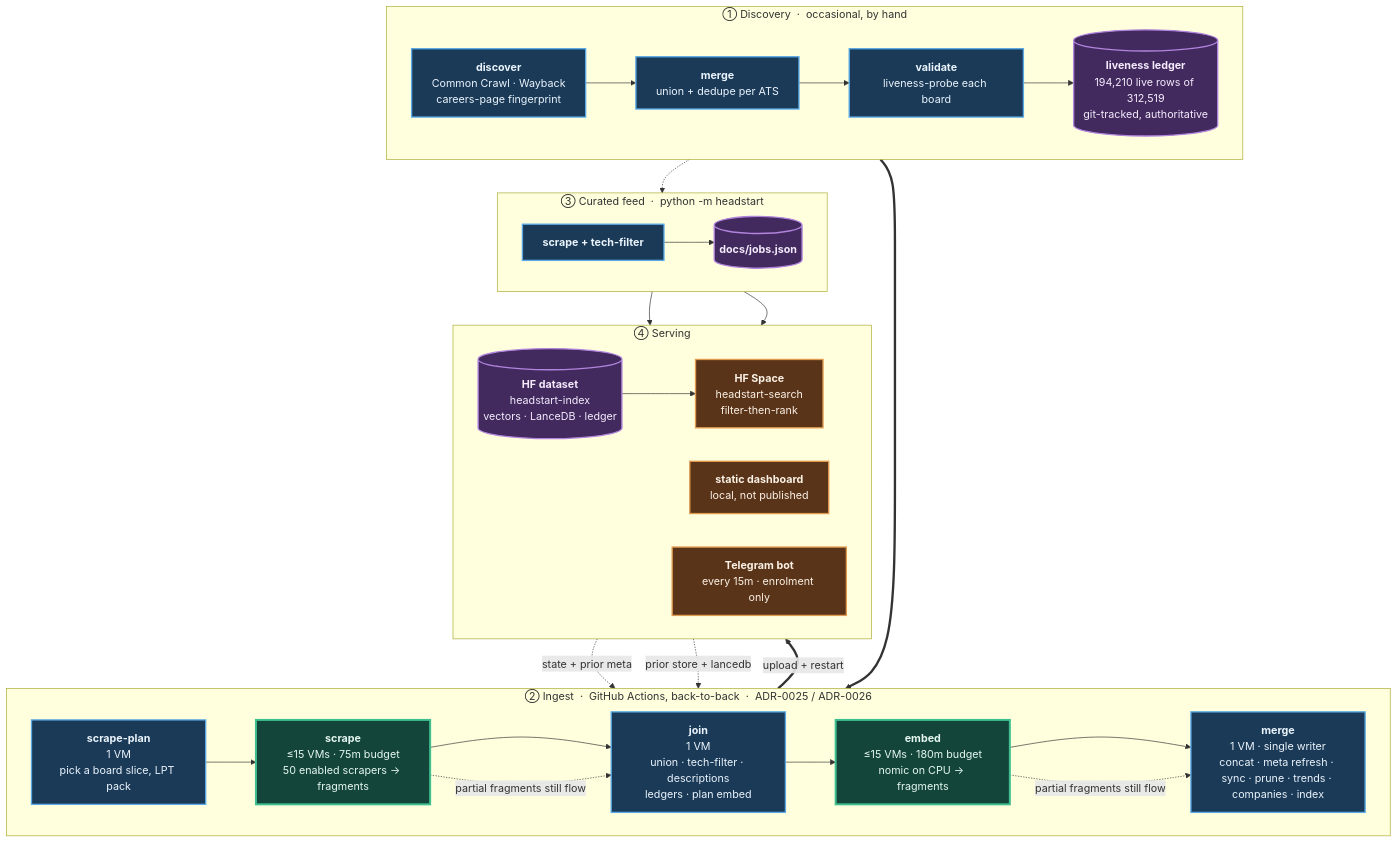
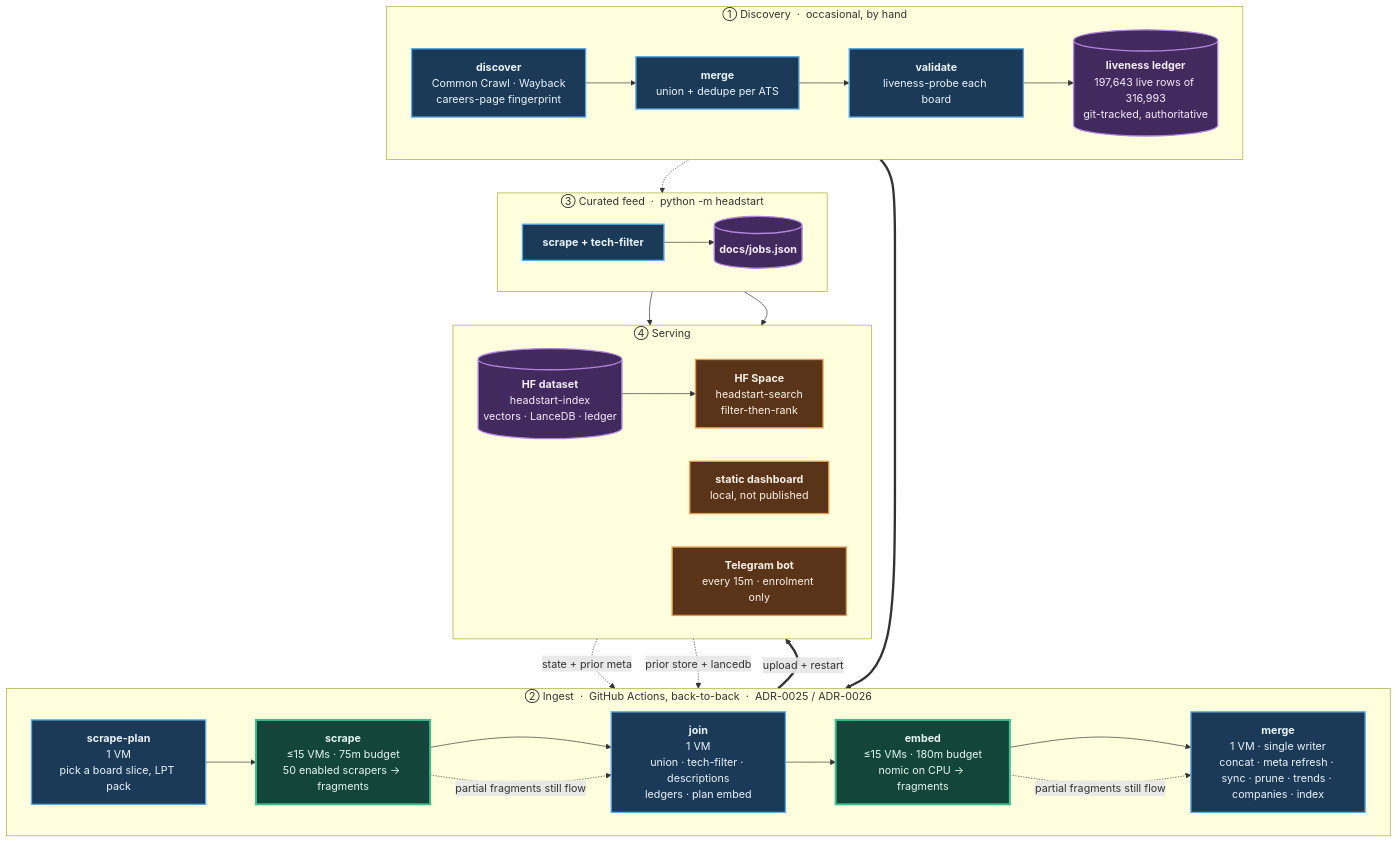
One commit to sarthakjain004/headstart changed the diagram in README.md. Above: the diagram before and after it, drawn with Mermaid. The commit also changed other lines of this file and 3 other files, not shown here.

````diff
--- a/README.md
+++ b/README.md
@@ -185,56 +185,56 @@
 ```mermaid
 flowchart TB
     subgraph D["① Discovery &nbsp;·&nbsp; occasional, by hand"]
         direction LR
         D1["<b>discover</b><br/>Common Crawl · Wayback<br/>careers-page fingerprint"]
         D2["<b>merge</b><br/>union + dedupe per ATS"]
         D3["<b>validate</b><br/>liveness-probe each board"]
-        D4[("<b>liveness ledger</b><br/>194,210 live rows of 312,519<br/>git-tracked, authoritative")]
+        D4[("<b>liveness ledger</b><br/>197,643 live rows of 316,993<br/>git-tracked, authoritative")]
         D1 --> D2 --> D3 --> D4
     end
 
     subgraph P["② Ingest &nbsp;·&nbsp; GitHub Actions, back-to-back &nbsp;·&nbsp; ADR-0025 / ADR-0026"]
         direction LR
         P1["<b>scrape-plan</b><br/>1 VM<br/>pick a board slice, LPT pack"]
         P2["<b>scrape</b><br/>≤15 VMs · 75m budget<br/>50 enabled scrapers → fragments"]
         P3["<b>join</b><br/>1 VM<br/>union · tech-filter · descriptions<br/>ledgers · plan embed"]
         P4["<b>embed</b><br/>≤15 VMs · 180m budget<br/>nomic on CPU → fragments"]
         P5["<b>merge</b><br/>1 VM · single writer<br/>concat · meta refresh · sync · prune · trends · companies · index"]
         P1 --> P2 --> P3 --> P4 --> P5
     end
 
     subgraph F["③ Curated feed &nbsp;·&nbsp; python -m headstart"]
         direction LR
         F1["<b>scrape + tech-filter</b>"]
         F2[("<b>docs/jobs.json</b>")]
         F1 --> F2
     end
 
     subgraph S["④ Serving"]
         direction LR
         S1[("<b>HF dataset</b><br/>headstart-index<br/>vectors · LanceDB · ledger")]
         S2["<b>HF Space</b><br/>headstart-search<br/>filter-then-rank"]
         S3["<b>static dashboard</b><br/>local, not published"]
         S4["<b>Telegram bot</b><br/>every 15m · enrolment only"]
         S1 --> S2
     end
 
     D4 ==> P1
     S1 -. "state + prior meta" .-> P1
     S1 -. "prior store + lancedb" .-> P5
     D4 -.-> F1
     P5 ==>|"upload + restart"| S1
     F2 --> S3
     F2 --> S4
     P2 -. "partial fragments still flow" .-> P3
     P4 -. "partial fragments still flow" .-> P5
 
     classDef serial fill:#1b3a57,stroke:#5aa9e6,stroke-width:2px,color:#eaf4fc
     classDef fan fill:#14453a,stroke:#3fbf8f,stroke-width:3px,color:#e4f7f0
     classDef store fill:#42295e,stroke:#b184dd,stroke-width:2px,color:#f4ecfc
     classDef serve fill:#5a3418,stroke:#e09a4f,stroke-width:2px,color:#fbf1e6
     class D1,D2,D3,P1,P3,P5,F1 serial
     class P2,P4 fan
     class D4,F2,S1 store
     class S2,S3,S4 serve
 ```
````
